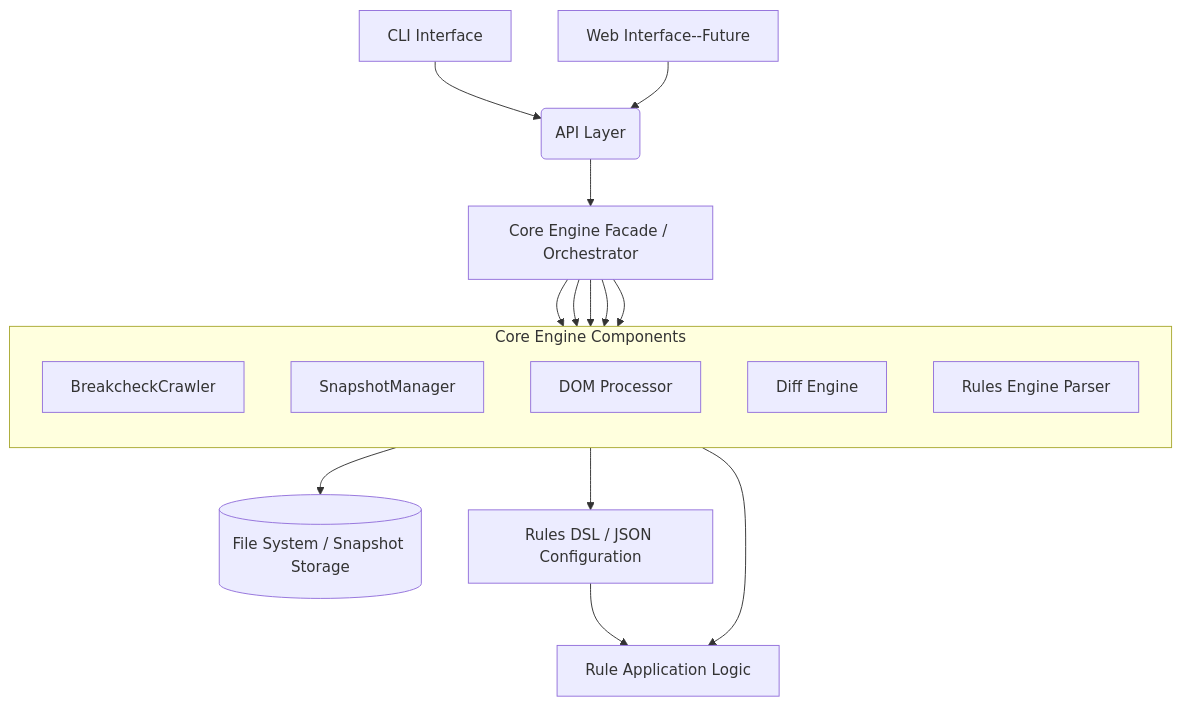
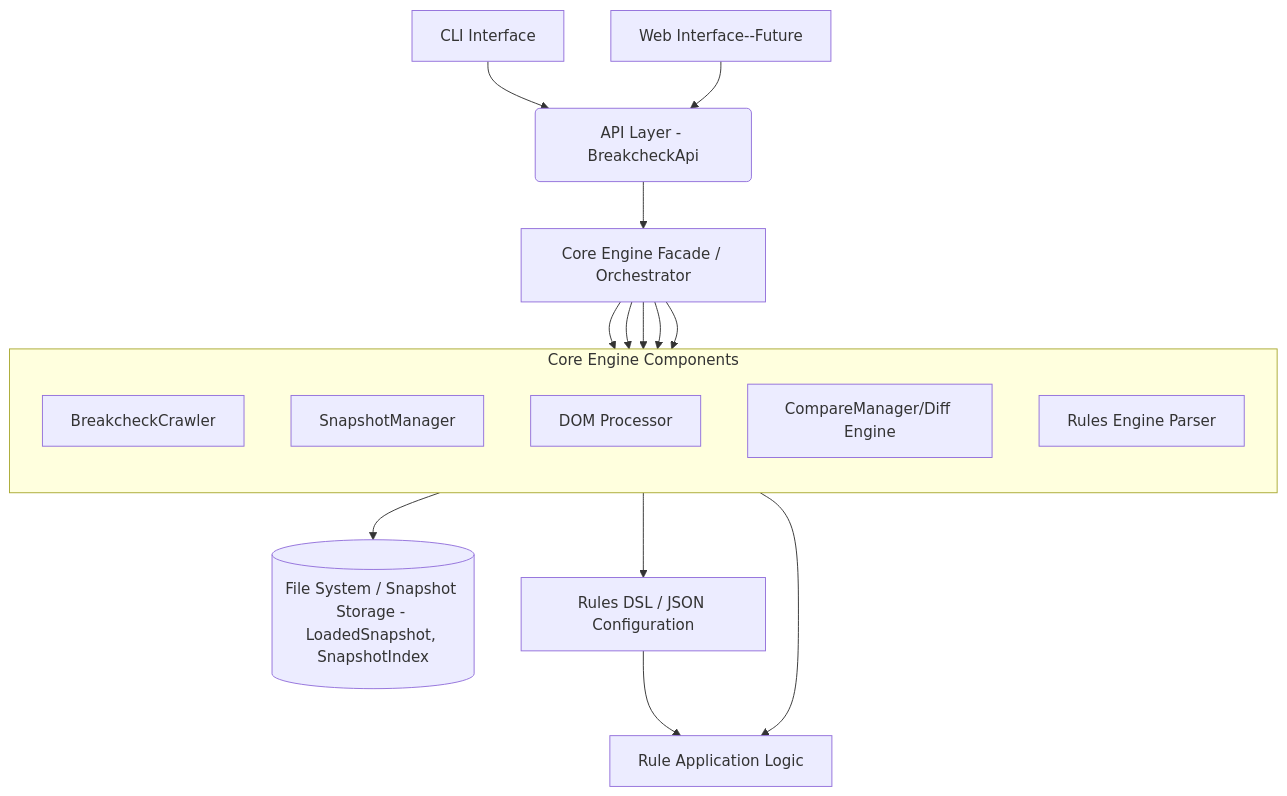
One commit to cleaver/breakcheck changed the diagram in system-docs/system-architecture.md. Above: the diagram before and after it, drawn with Mermaid. The commit also changed other lines of this file and 3 other files, not shown here.

````diff
--- a/system-docs/system-architecture.md
+++ b/system-docs/system-architecture.md
@@ -23,26 +23,26 @@
 ```mermaid
 graph TD
- A[CLI Interface] --> B(API Layer)
+ A[CLI Interface] --> B(API Layer - BreakcheckApi)
  C[Web Interface--Future] --> B
  B --> D[Core Engine Facade / Orchestrator]
 
 subgraph Core Engine Components
  direction TB
  E[BreakcheckCrawler]
  F[SnapshotManager]
  G[DOM Processor]
- H[Diff Engine]
+ H[CompareManager/Diff Engine]
  I[Rules Engine Parser]
  end
 
 D --> E
  D --> F
  D --> G
  D --> H
  D --> I
 
-F --> J[(File System / Snapshot Storage)]
+F --> J[(File System / Snapshot Storage - LoadedSnapshot, SnapshotIndex)]
  I --> K[Rules DSL / JSON Configuration]
  G --> L[Rule Application Logic]
  K --> L
 ```
````
